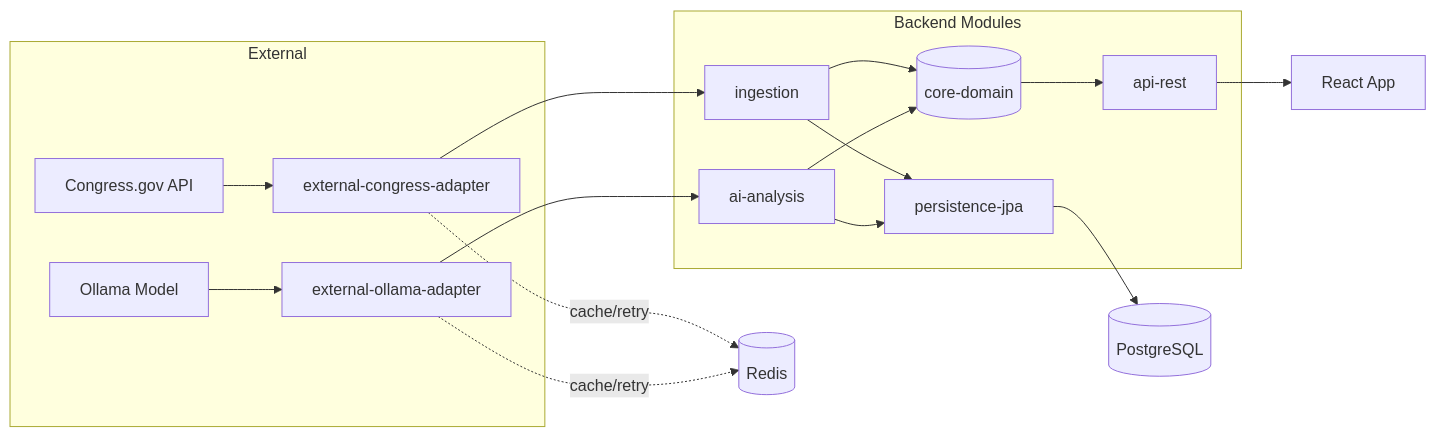
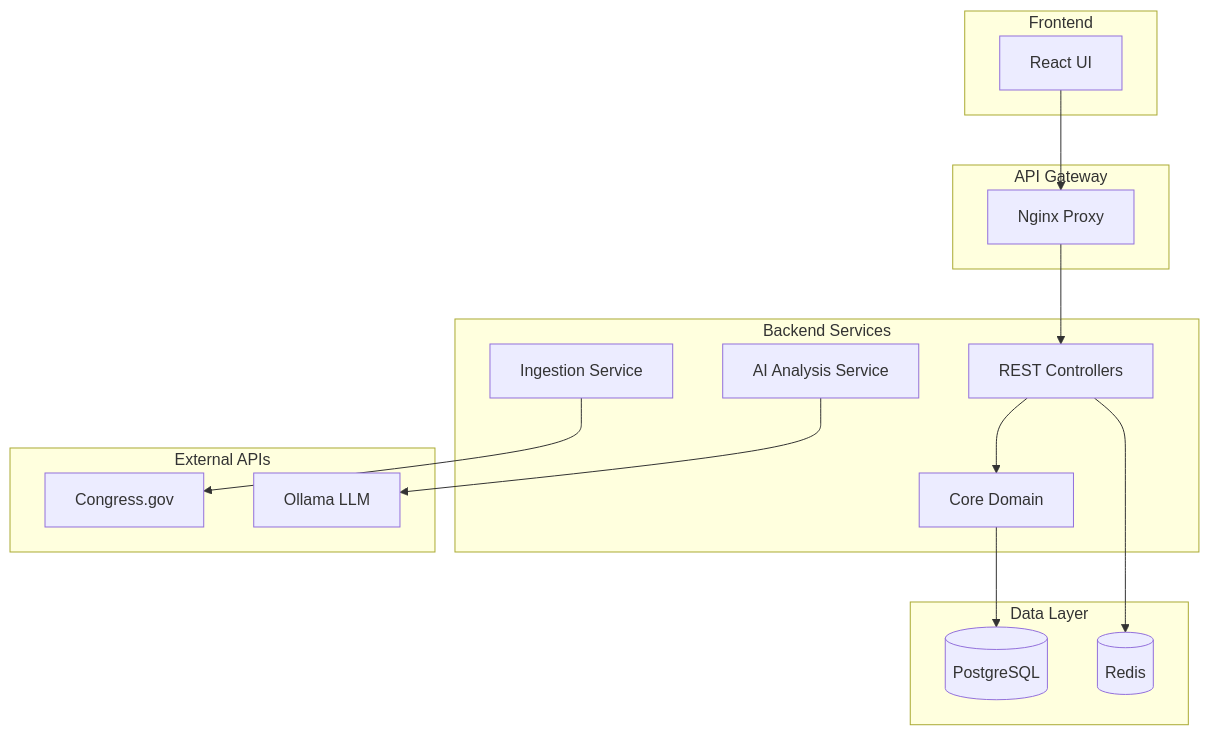
The diagram in README.md (ImNotStable/LegisTrack), drawn with Mermaid before and after one commit. The commit also changed other lines of this file and 5 other files, not shown here.

Commit message:
Refactor frontend package.json: clean up dependencies and scripts; add backend .editorconfig for consistent coding style

````diff
--- a/README.md
+++ b/README.md
@@ -24,20 +50,35 @@
 ```mermaid
-flowchart LR
-	subgraph External
-		CongressAPI[Congress.gov API] --> CongressAdapter[external-congress-adapter]
-		Ollama[Ollama Model] --> OllamaAdapter[external-ollama-adapter]
-	end
-	subgraph Core[Backend Modules]
-		CongressAdapter --> Ingestion[ingestion]
-		Ingestion --> Domain[(core-domain)]
-		OllamaAdapter --> AI[ai-analysis]
-		AI --> Domain
-		Ingestion --> Persistence[persistence-jpa]
-		AI --> Persistence
-		Domain --> API[api-rest]
-	end
-	Persistence --> DB[(PostgreSQL)]
-	API --> Frontend[React App]
-	CongressAdapter -. cache/retry .-> Cache[(Redis)]
-	OllamaAdapter -. cache/retry .-> Cache
+graph TB
+    subgraph "Frontend"
+        UI[React UI]
+    end
+    
+    subgraph "API Gateway"
+        NGINX[Nginx Proxy]
+    end
+    
+    subgraph "Backend Services"
+        API[REST Controllers]
+        DOMAIN[Core Domain]
+        INGEST[Ingestion Service]
+        AI[AI Analysis Service]
+    end
+    
+    subgraph "Data Layer"
+        DB[(PostgreSQL)]
+        CACHE[(Redis)]
+    end
+    
+    subgraph "External APIs"
+        CONGRESS[Congress.gov]
+        OLLAMA[Ollama LLM]
+    end
+    
+    UI --> NGINX
+    NGINX --> API
+    API --> DOMAIN
+    API --> CACHE
+    DOMAIN --> DB
+    INGEST --> CONGRESS
+    AI --> OLLAMA
 ```
````
